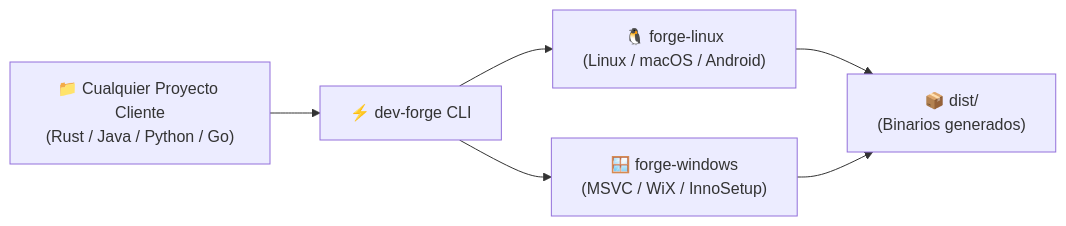
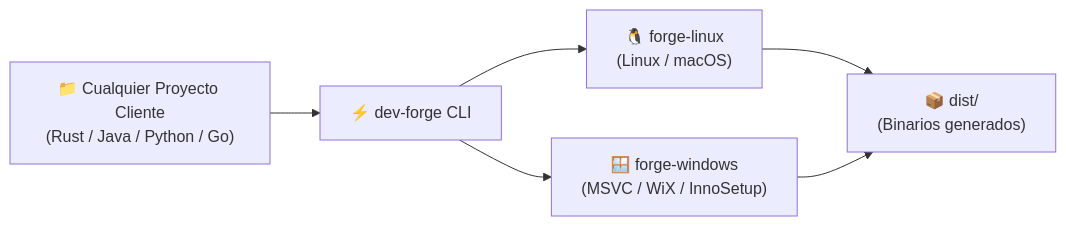
One commit to olorinj/dev-forge changed the diagram in README.md. Above: the diagram before and after it, drawn with Mermaid. The commit also changed other lines of this file and 20 other files, not shown here.

````diff
--- a/README.md
+++ b/README.md
@@ -11,8 +11,8 @@
 ```mermaid
 flowchart LR
     Proyecto["📁 Cualquier Proyecto Cliente<br/>(Rust / Java / Python / Go)"] --> CLI["⚡ dev-forge CLI"]
-    CLI --> LinuxVM["🐧 forge-linux<br/>(Linux / macOS / Android)"]
+    CLI --> LinuxVM["🐧 forge-linux<br/>(Linux / macOS)"]
     CLI --> WinVM["🪟 forge-windows<br/>(MSVC / WiX / InnoSetup)"]
     LinuxVM --> Dist["📦 dist/<br/>(Binarios generados)"]
     WinVM --> Dist
 ```
````
